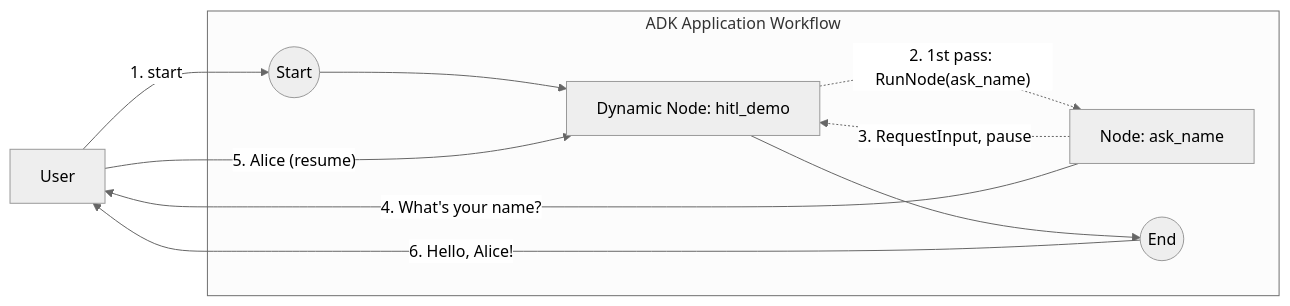
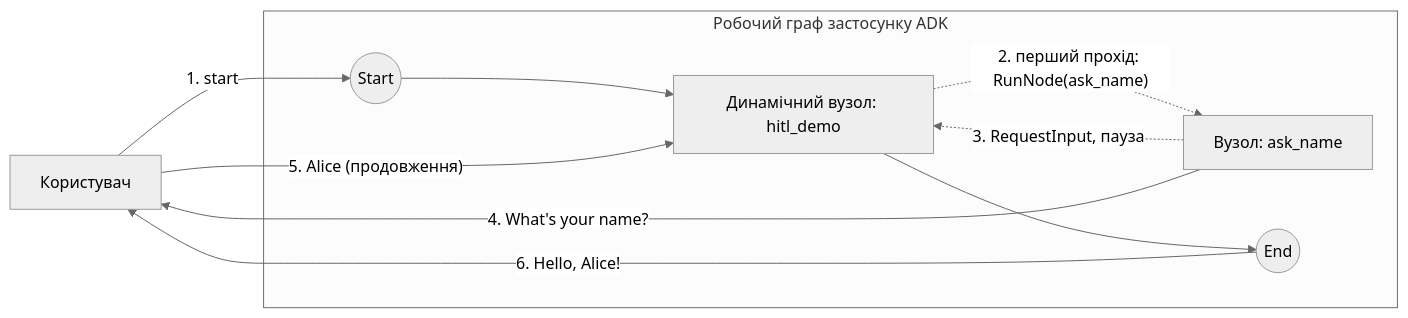
The diagram in demo/4_adk_examples/dynamic/hitl/README.md (EugeneZaharchenko/ai-ae-labs), drawn with Mermaid (neutral theme) before and after one commit. The commit also changed other lines of this file and 23 other files, not shown here.

````diff
--- a/demo/4_adk_examples/dynamic/hitl/README.md
+++ b/demo/4_adk_examples/dynamic/hitl/README.md
@@ -16,14 +16,14 @@
 ```mermaid
 graph LR
-    User[User]
-    subgraph "ADK Application Workflow"
-        Start((Start)) --> G[Dynamic Node: hitl_demo]
-        G -.->|"2. 1st pass: RunNode(ask_name)"| A[Node: ask_name]
-        A -.->|"3. RequestInput, pause"| G
+    User[Користувач]
+    subgraph "Робочий граф застосунку ADK"
+        Start((Start)) --> G[Динамічний вузол: hitl_demo]
+        G -.->|"2. перший прохід: RunNode(ask_name)"| A[Вузол: ask_name]
+        A -.->|"3. RequestInput, пауза"| G
         G --> End((End))
     end
     User -- "1. start" --> Start
     A -- "4. What's your name?" --> User
-    User -- "5. Alice (resume)" --> G
+    User -- "5. Alice (продовження)" --> G
     End -- "6. Hello, Alice!" --> User
 ```
````
